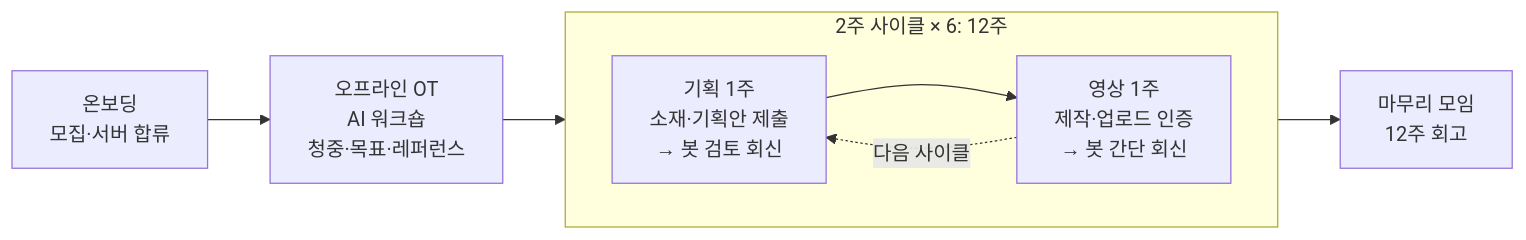
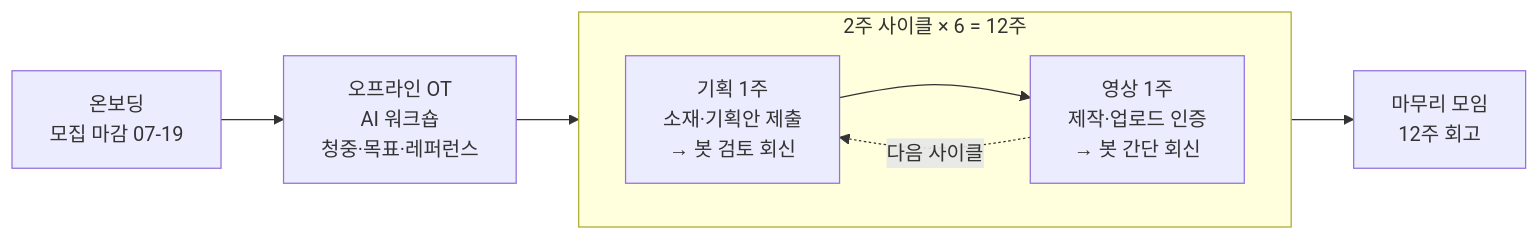
The diagram in README.md (ggplab/youtube-challenge), drawn with Mermaid before and after one commit. The commit also changed other lines of this file and 4 other files, not shown here.

````diff
--- a/README.md
+++ b/README.md
@@ -23,11 +25,11 @@
 ```mermaid
 flowchart LR
-    A[온보딩<br/>모집·서버 합류] --> B[오프라인 OT<br/>AI 워크숍<br/>청중·목표·레퍼런스]
+    A[온보딩<br/>모집 마감 07-19] --> B[오프라인 OT<br/>AI 워크숍<br/>청중·목표·레퍼런스]
     B --> C
-    subgraph C[2주 사이클 × 6: 12주]
+    subgraph C[2주 사이클 × 6 = 12주]
         direction LR
         P[기획 1주<br/>소재·기획안 제출<br/>→ 봇 검토 회신] --> V[영상 1주<br/>제작·업로드 인증<br/>→ 봇 간단 회신]
         V -.다음 사이클.-> P
     end
     C --> D[마무리 모임<br/>12주 회고]
 ```
````
